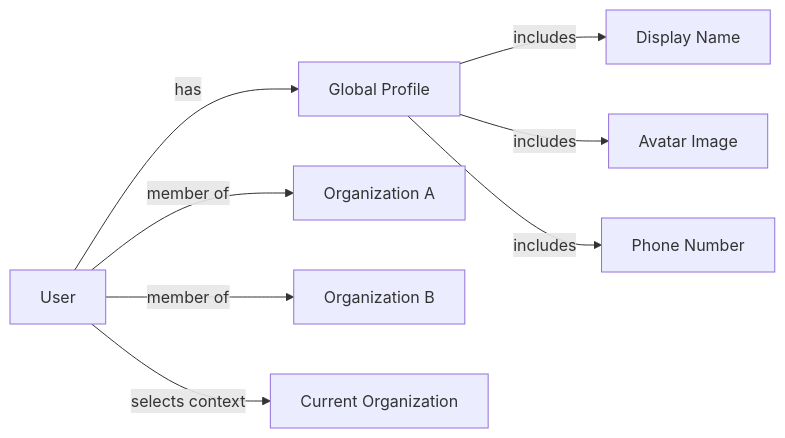
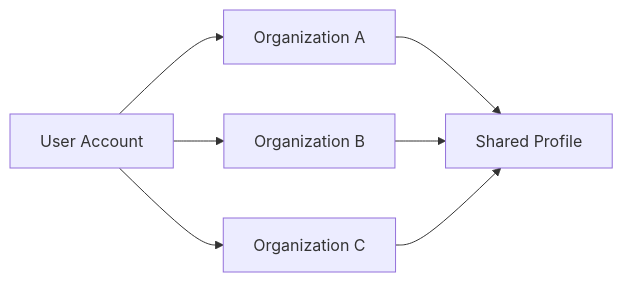
The first of 14 diagrams in z-ai/glm-5/erp/docs/analysis/02-domain-model.md (wrtnlabs/autobe-examples), drawn with Mermaid before and after one commit. The commit also changed other lines of this file and 3761 other files, not shown here.

````diff
--- a/z-ai/glm-5/erp/docs/analysis/02-domain-model.md
+++ b/z-ai/glm-5/erp/docs/analysis/02-domain-model.md
@@ -70,10 +41,9 @@
 ```mermaid
 flowchart LR
-    A["User"] -->|"has"| B["Global Profile"]
-    B -->|"includes"| C["Display Name"]
-    B -->|"includes"| D["Avatar Image"]
-    B -->|"includes"| E["Phone Number"]
-    A -->|"member of"| F["Organization A"]
-    A -->|"member of"| G["Organization B"]
-    A -->|"selects context"| H["Current Organization"]
+    A["User Account"] --> B["Organization A"]
+    A --> C["Organization B"]
+    A --> D["Organization C"]
+    B --> E["Shared Profile"]
+    C --> E
+    D --> E
 ```
````
